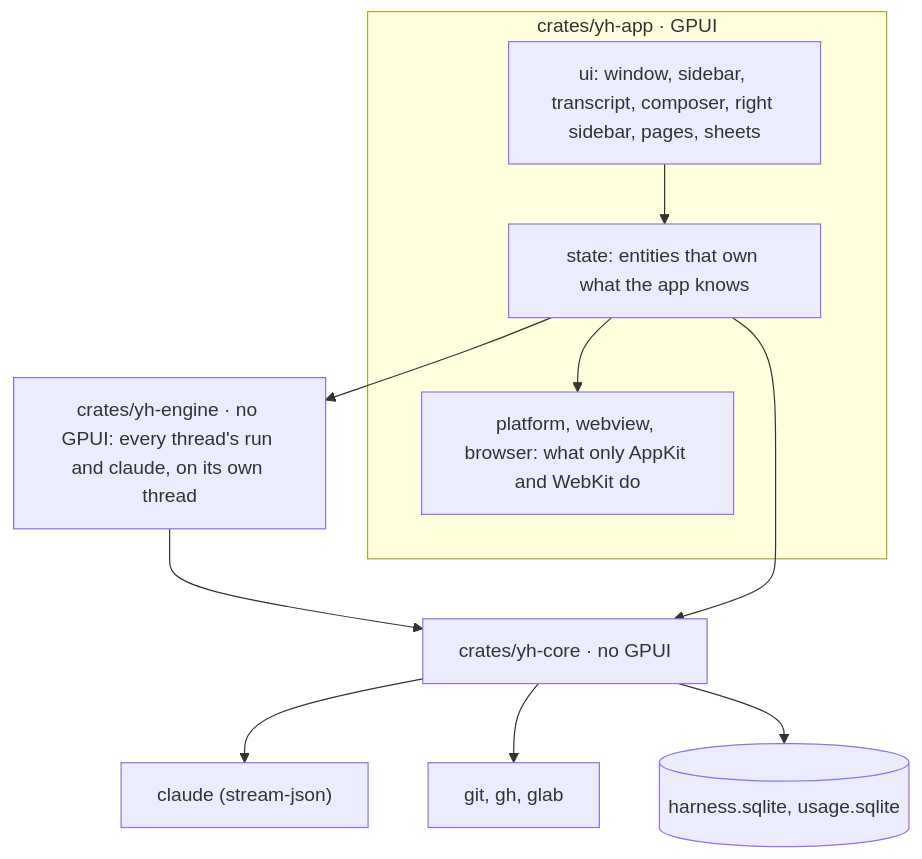
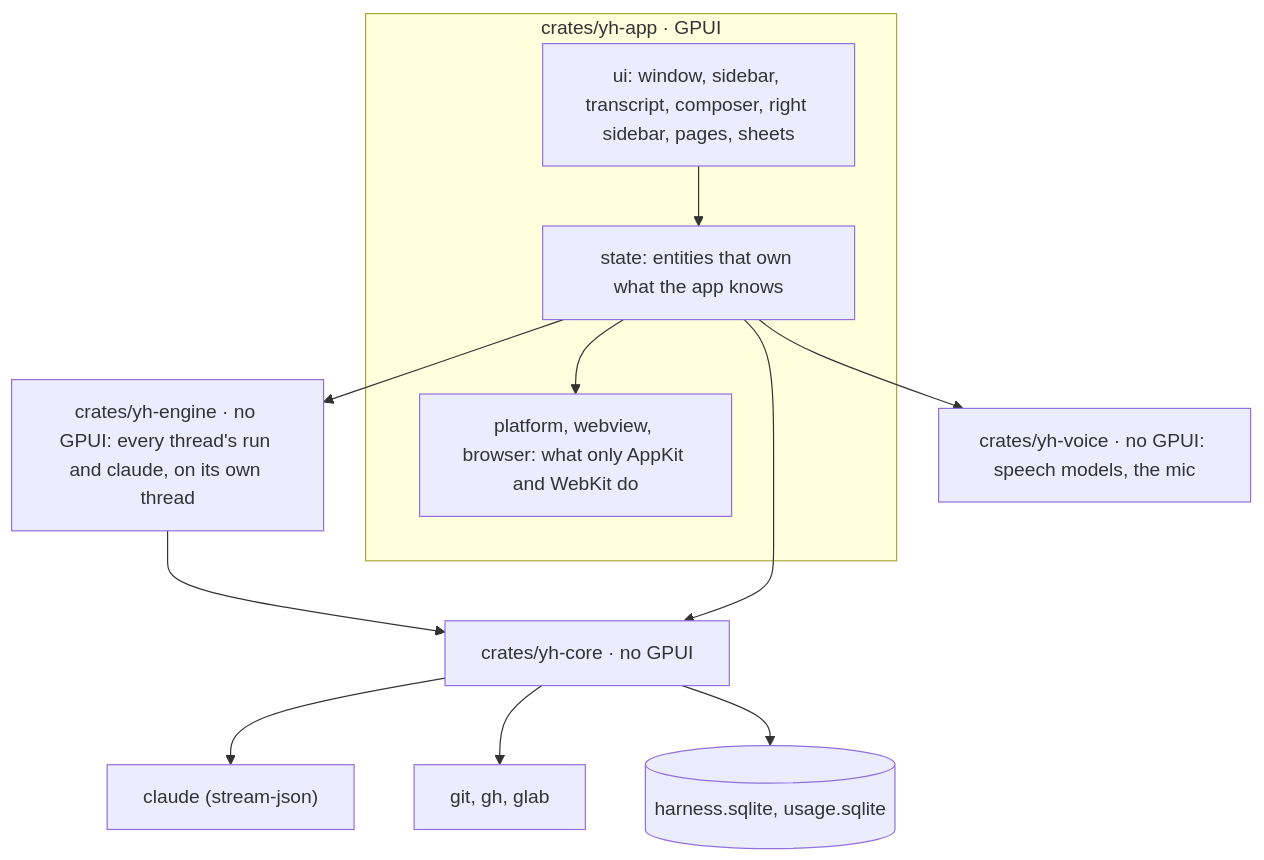
Before and after one commit to mdovhopo/yourharness: the diagram in docs/architecture.md, drawn with Mermaid. The commit also changed other lines of this file and 30 other files, not shown here.

First line of the commit message:
Voice input on the Mac: local speech models, the composer's mic

````diff
--- a/docs/architecture.md
+++ b/docs/architecture.md
@@ -10,18 +10,20 @@
 ```mermaid
 flowchart TB
   subgraph App["crates/yh-app · GPUI"]
     UI["ui: window, sidebar, transcript, composer, right sidebar, pages, sheets"]
     State["state: entities that own what the app knows"]
     Mac["platform, webview, browser: what only AppKit and WebKit do"]
     UI --> State
     State --> Mac
   end
   Engine["crates/yh-engine · no GPUI: every thread's run and claude, on its own thread"]
   Core["crates/yh-core · no GPUI"]
+  Voice["crates/yh-voice · no GPUI: speech models, the mic"]
   State --> Engine
+  State --> Voice
   Engine --> Core
   State --> Core
   Core --> Claude["claude (stream-json)"]
   Core --> Tools["git, gh, glab"]
   Core --> DB[("harness.sqlite, usage.sqlite")]
 ```
````
